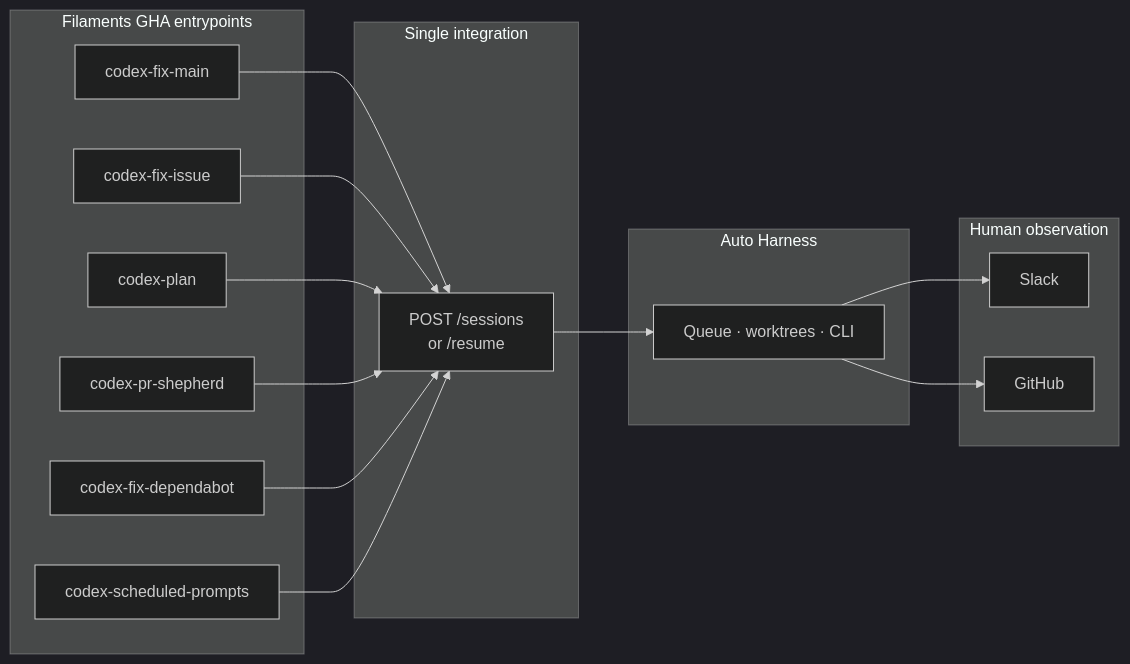
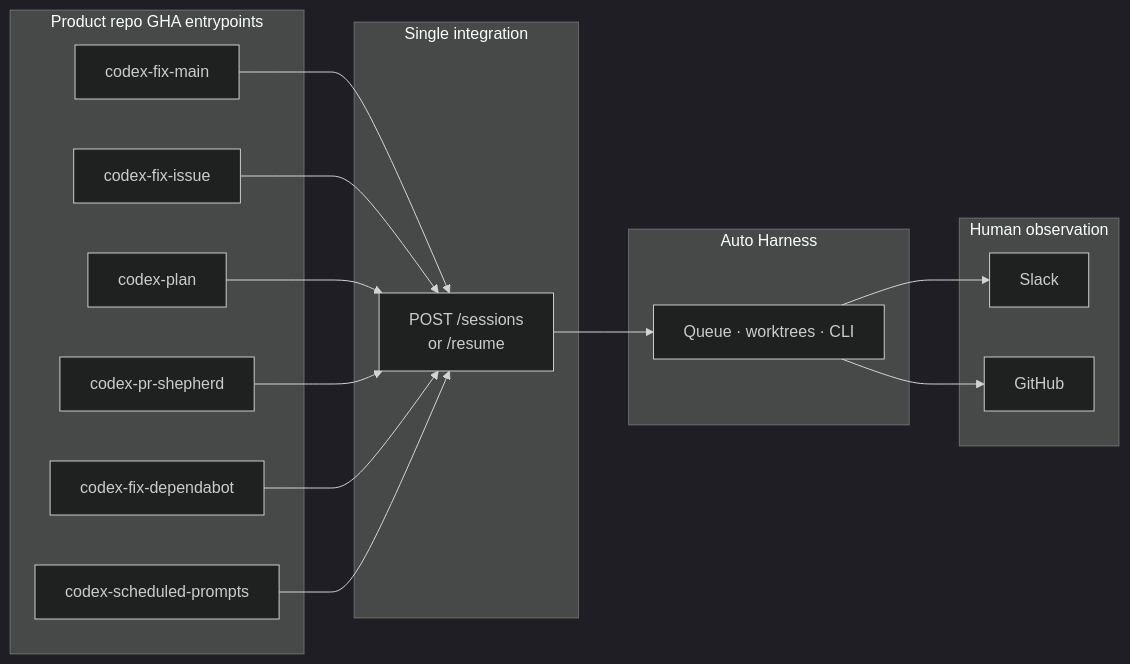
The ninth of 9 diagrams in docs/harness.md (jonathanong/auto-harness), drawn with Mermaid (dark theme) before and after one commit. The commit also changed other lines of this file and 4 other files, not shown here.

````diff
--- a/docs/harness.md
+++ b/docs/harness.md
@@ -312,34 +312,34 @@
 ```mermaid
 flowchart LR
-  subgraph Triggers["Filaments GHA entrypoints"]
+  subgraph Triggers["Product repo GHA entrypoints"]
     FM[codex-fix-main]
     FI[codex-fix-issue]
     PL[codex-plan]
     SH[codex-pr-shepherd]
     DP[codex-fix-dependabot]
     SC[codex-scheduled-prompts]
   end
 
   subgraph Call["Single integration"]
     POST["POST /sessions<br/>or /resume"]
   end
 
   subgraph AH["Auto Harness"]
     RUN[Queue · worktrees · CLI]
   end
 
   subgraph Observe["Human observation"]
     SL[Slack]
     GH[GitHub]
   end
 
   FM --> POST
   FI --> POST
   PL --> POST
   SH --> POST
   DP --> POST
   SC --> POST
   POST --> RUN
   RUN --> SL
   RUN --> GH
 ```
````
